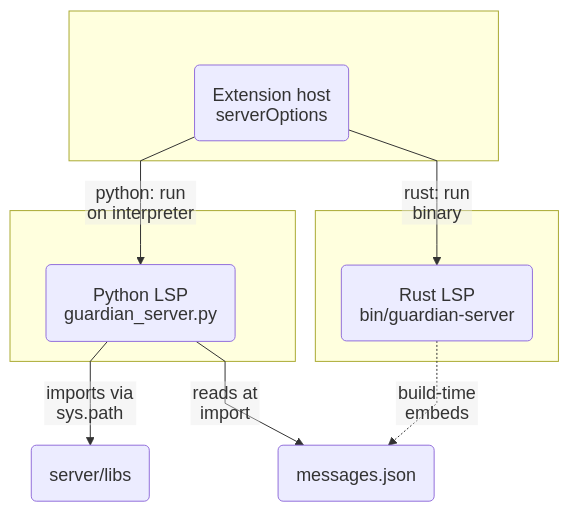
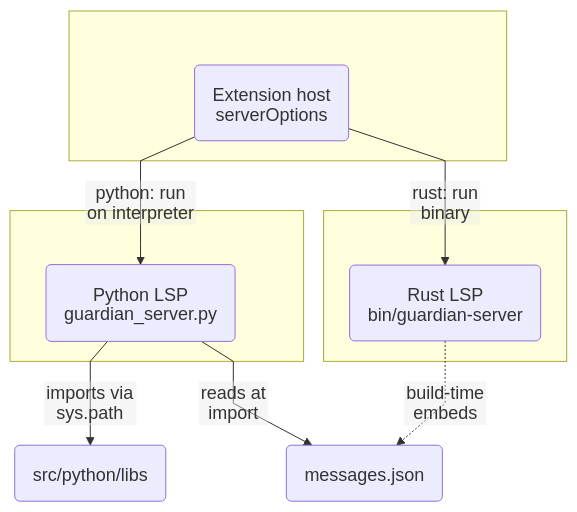
One commit to AashishTangnami/python-memory-guardian changed diagram 14 of 20 in docs/feature-map.md. Above: the diagram before and after it, drawn with Mermaid. The commit also changed other lines of this file and 190 other files, not shown here.

Commit message:
refactor: move to src/ layout (typescript, python, rust) and tests/ folder

````diff
--- a/docs/feature-map.md
+++ b/docs/feature-map.md
@@ -500,18 +552,18 @@
 ```mermaid
 %%{init: {"fontFamily":"Arial, sans-serif","themeVariables":{"fontSize":"18px","fontFamily":"Arial, sans-serif"},"flowchart":{"curve":"linear","nodeSpacing":32,"rankSpacing":40,"diagramPadding":8,"padding":18,"subGraphTitleMargin":{"top":10,"bottom":24},"htmlLabels":false},"layout":"dagre","htmlLabels":false,"themeCSS":".node rect, .cluster rect { rx: 10px; ry: 10px; } .label, .nodeLabel, .edgeLabel, .cluster-label { letter-spacing: normal; word-spacing: normal; } .edgeLabel rect { stroke: currentColor !important; stroke-width: 1px !important; stroke-dasharray: none; opacity: 1 !important; fill-opacity: 1; rx: 4px; ry: 4px; }"}}%%
 flowchart TD
     subgraph EXT[" "]
       Client("Extension host<br/>serverOptions")
     end
     subgraph PY[" "]
       Python("Python LSP<br/>guardian_server.py")
     end
     subgraph RS[" "]
       Rust("Rust LSP<br/>bin/guardian-server")
     end
     Client -->|python: run<br/>on interpreter| Python
     Client -->|rust: run<br/>binary| Rust
-    Python -->|imports via<br/>sys.path| Libs("server/libs")
+    Python -->|imports via<br/>sys.path| Libs("src/python/libs")
     Python -->|reads at<br/>import| Msg("messages.json")
     Rust -. build-time<br/>embeds .-> Msg
 ```
````
